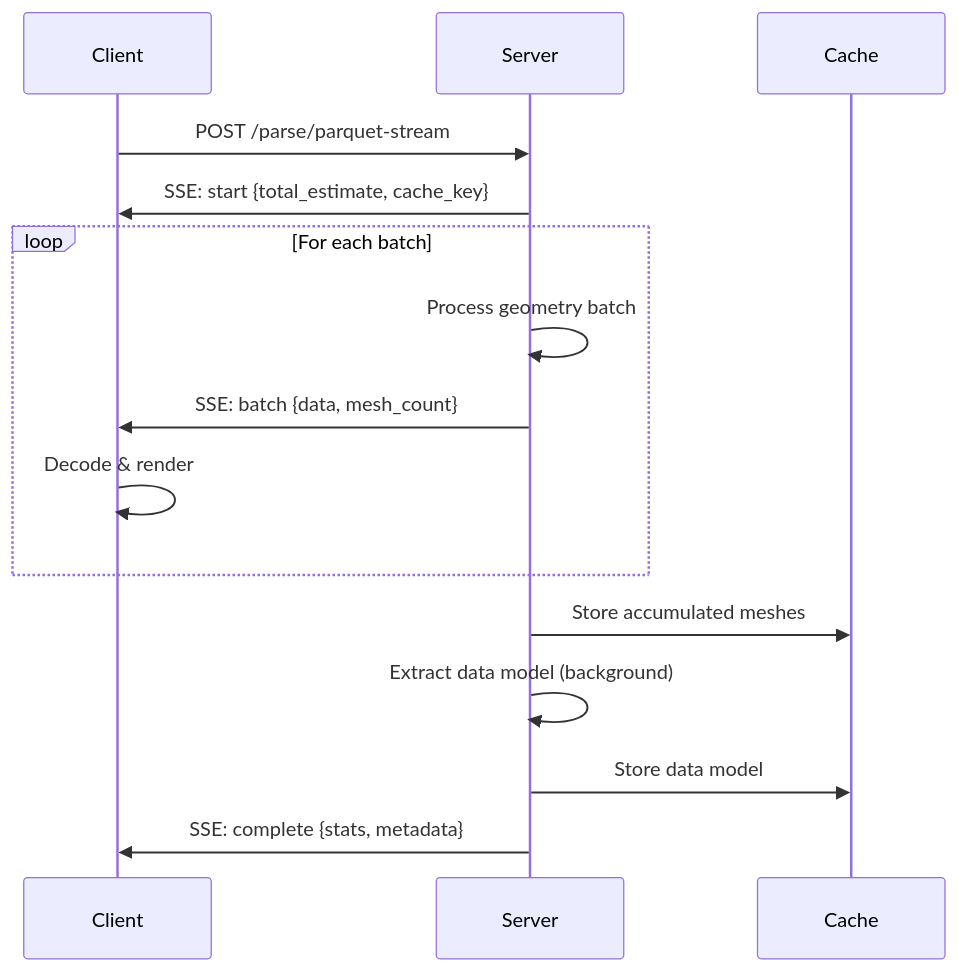
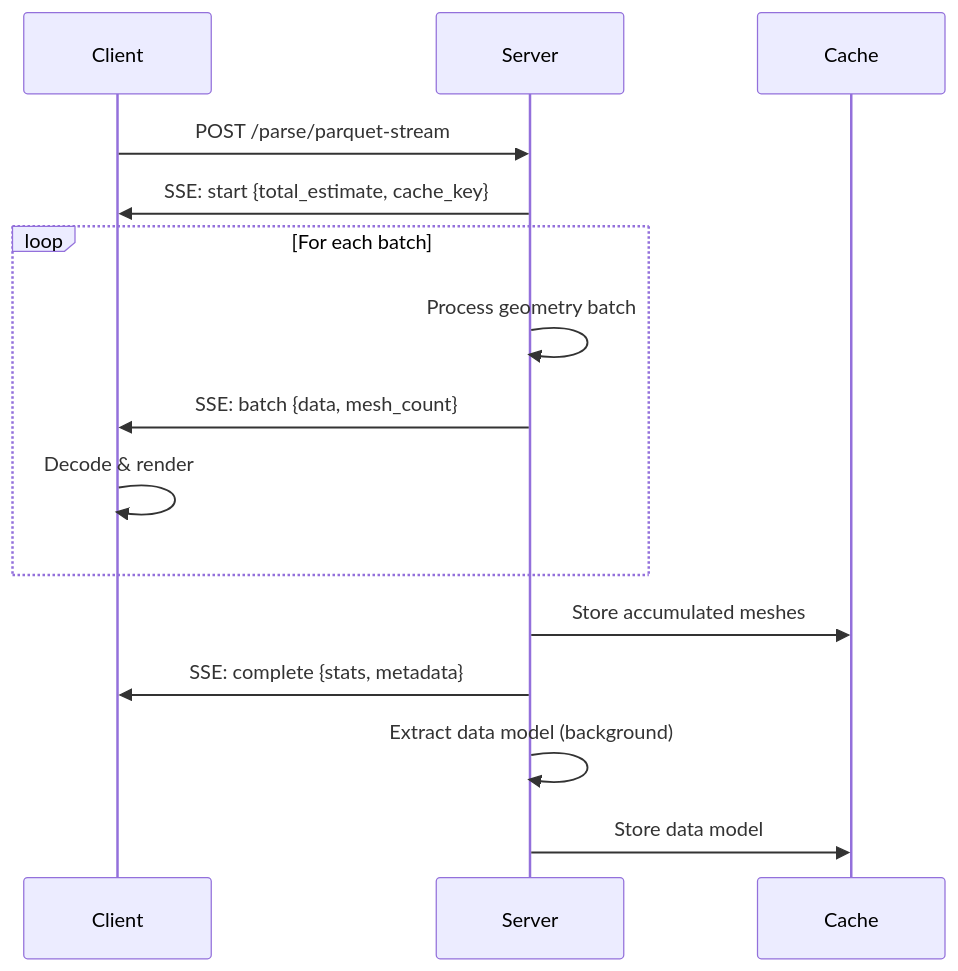
The third of 3 diagrams in docs/guide/server.md (LTplus-AG/ifc-lite), drawn with Mermaid before and after one commit. The commit also changed other lines of this file and 1 other file, not shown here.

Commit message:
docs(server): fix ports, cache keys, env defaults and client behaviour in the server guide

````diff
--- a/docs/guide/server.md
+++ b/docs/guide/server.md
@@ -992,20 +1000,20 @@
 ```mermaid
 sequenceDiagram
     participant Client
     participant Server
     participant Cache
 
     Client->>Server: POST /parse/parquet-stream
     Server->>Client: SSE: start {total_estimate, cache_key}
 
     loop For each batch
         Server->>Server: Process geometry batch
         Server->>Client: SSE: batch {data, mesh_count}
         Client->>Client: Decode & render
     end
 
     Server->>Cache: Store accumulated meshes
+    Server->>Client: SSE: complete {stats, metadata}
     Server->>Server: Extract data model (background)
     Server->>Cache: Store data model
-    Server->>Client: SSE: complete {stats, metadata}
 ```
````
